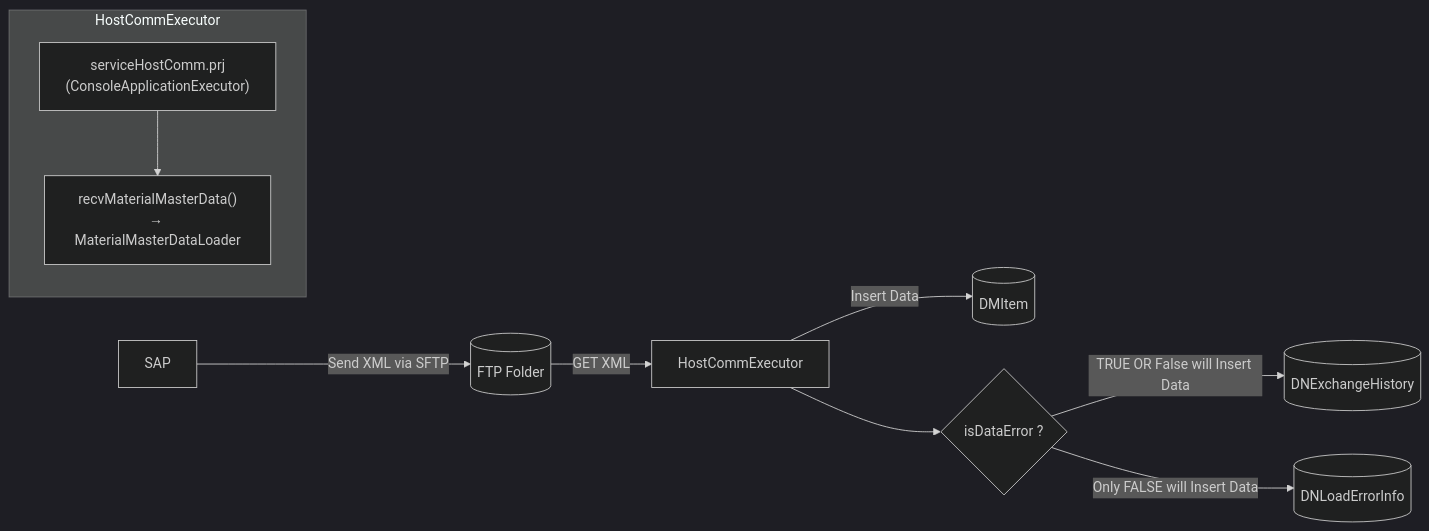
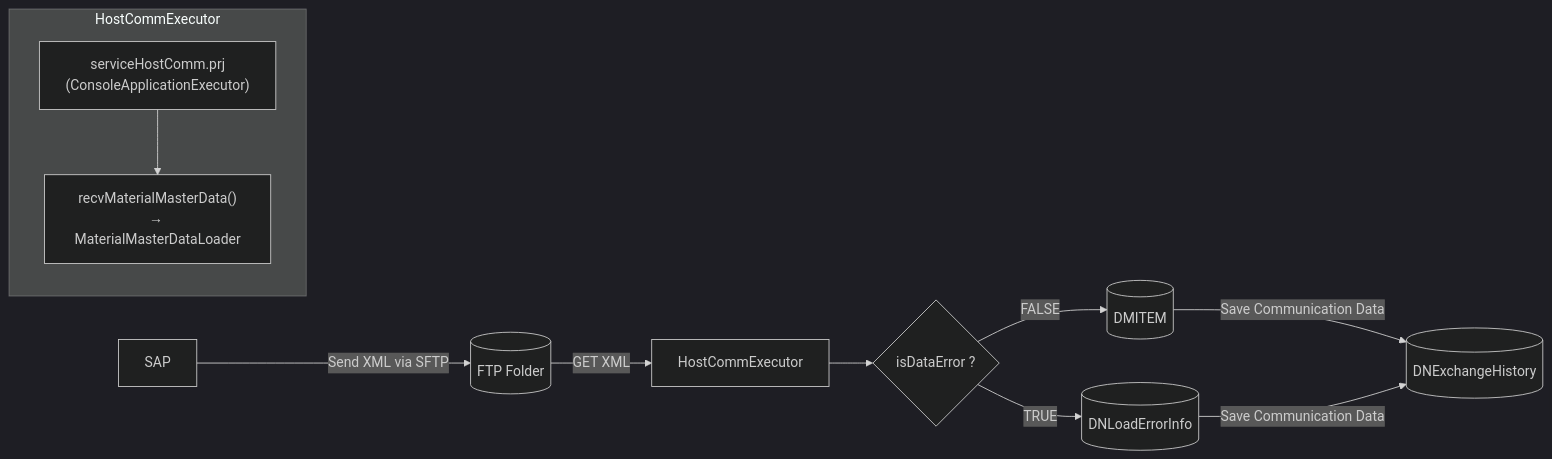
The diagram in Basic-Design/Host-Interfaces/Receive-Method/Material-Master-Data.md (luthfiadityaa/SimeDarby-Wiki), drawn with Mermaid (dark theme) before and after one commit. The commit also changed other lines of this file, not shown here.

```diff
--- a/Basic-Design/Host-Interfaces/Receive-Method/Material-Master-Data.md
+++ b/Basic-Design/Host-Interfaces/Receive-Method/Material-Master-Data.md
@@ -11,15 +11,16 @@
 ::: mermaid
 flowchart LR
     A[SAP] -->|Send XML via SFTP| B[(FTP Folder)]
     B -->|GET XML| C[HostCommExecutor]
-    C -->|Insert Data| E[(DMItem)]
     C --> Cond1{"isDataError ?"} 
-    Cond1 --> |TRUE OR False will Insert Data| F[(DNExchangeHistory)]
-    Cond1 --> |Only FALSE will Insert Data| G[(DNLoadErrorInfo)]
+    Cond1 --> |FALSE| E[(DMITEM)]
+    Cond1 --> |TRUE| G[(DNLoadErrorInfo)]
+    E --> |Save Communication Data|F[(DNExchangeHistory)]
+    G --> |Save Communication Data|F[(DNExchangeHistory)]
 
     subgraph HostCommExecutor
         C1["serviceHostComm.prj<br>(ConsoleApplicationExecutor)"]
         C2["recvMaterialMasterData()<br>→ MaterialMasterDataLoader"]
         C1 --> C2
     end
 :::
```
